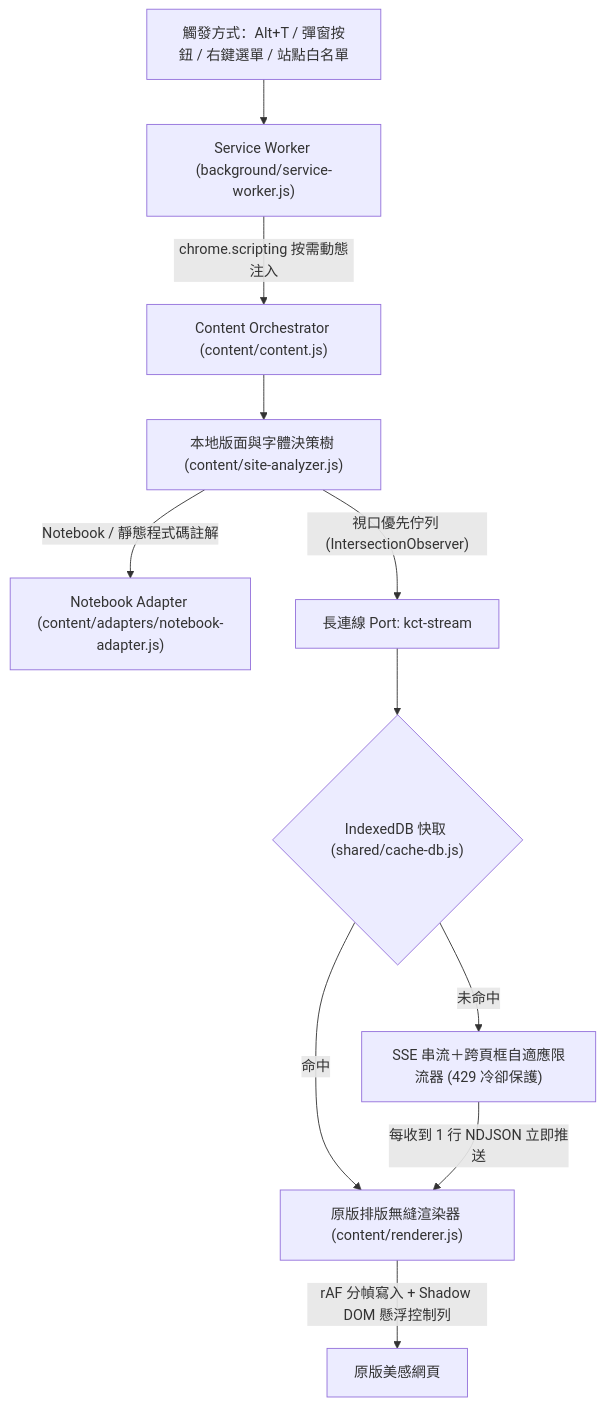
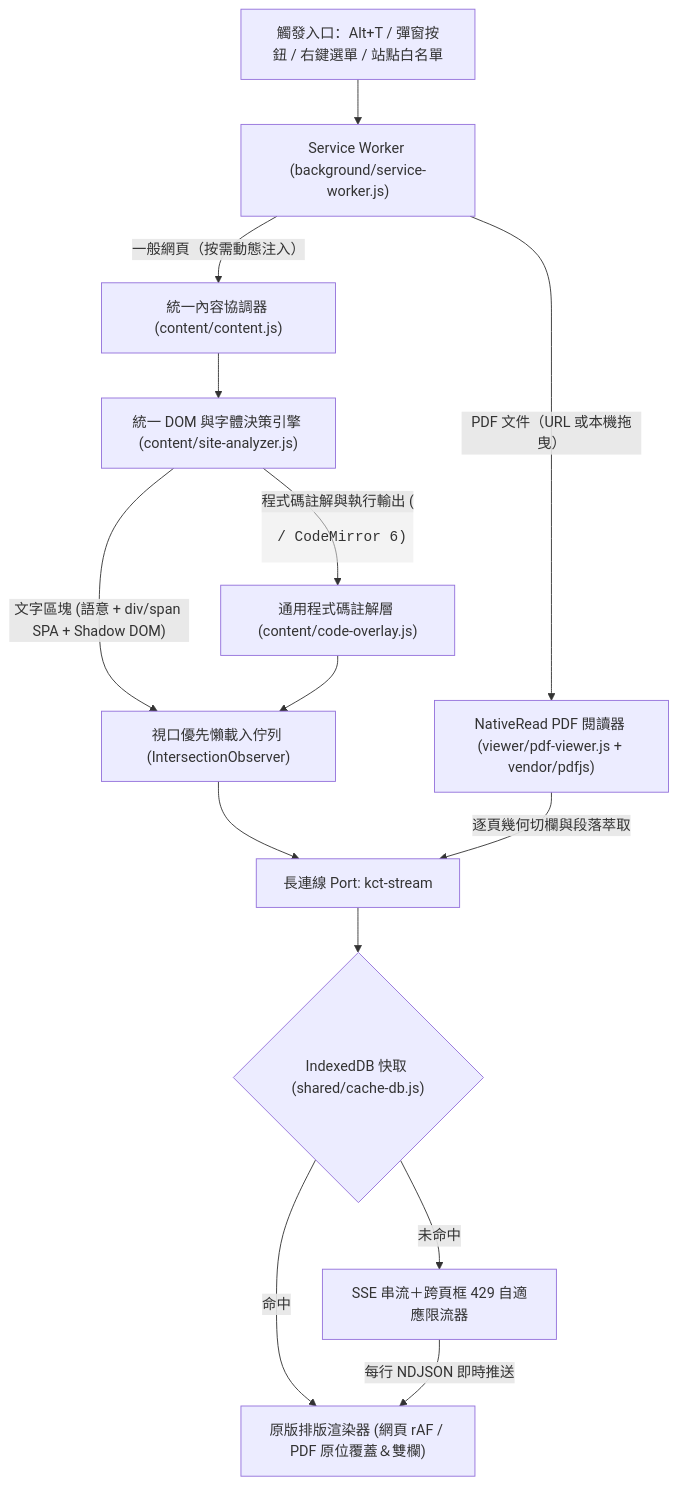
One commit to Chih-Kai-Wang/kaggle-course-translator changed the diagram in README.md. Above: the diagram before and after it, drawn with Mermaid. The commit also changed other lines of this file and 17 other files, not shown here.

Commit message:
feat(v2.1.0): rebrand to NativeRead, unify universal SPA DOM engine & add native PDF.js translator

````diff
--- a/README.md
+++ b/README.md
@@ -28,13 +25,16 @@
 ```mermaid
 flowchart TD
-    Trigger["觸發方式：Alt+T / 彈窗按鈕 / 右鍵選單 / 站點白名單"] --> SW["Service Worker (background/service-worker.js)"]
-    SW -->|"chrome.scripting 按需動態注入"| Content["Content Orchestrator (content/content.js)"]
-    Content --> Analyzer["本地版面與字體決策樹 (content/site-analyzer.js)"]
-    Analyzer -->|"Notebook / 靜態程式碼註解"| Adapter["Notebook Adapter (content/adapters/notebook-adapter.js)"]
-    Analyzer -->|"視口優先佇列 (IntersectionObserver)"| Port["長連線 Port: kct-stream"]
+    Trigger["觸發入口：Alt+T / 彈窗按鈕 / 右鍵選單 / 站點白名單"] --> SW["Service Worker (background/service-worker.js)"]
+    SW -->|"一般網頁（按需動態注入）"| Content["統一內容協調器 (content/content.js)"]
+    SW -->|"PDF 文件（URL 或本機拖曳）"| PDF["NativeRead PDF 閱讀器 (viewer/pdf-viewer.js + vendor/pdfjs)"]
+    Content --> Analyzer["統一 DOM 與字體決策引擎 (content/site-analyzer.js)"]
+    Analyzer -->|"文字區塊 (語意 + div/span SPA + Shadow DOM)"| Queue["視口優先懶載入佇列 (IntersectionObserver)"]
+    Analyzer -->|"程式碼註解與執行輸出 (<pre> / CodeMirror 6)"| CodeOverlay["通用程式碼註解層 (content/code-overlay.js)"]
+    CodeOverlay --> Queue
+    Queue --> Port["長連線 Port: kct-stream"]
+    PDF -->|"逐頁幾何切欄與段落萃取"| Port
     Port --> Cache{"IndexedDB 快取 (shared/cache-db.js)"}
-    Cache -->|"命中"| Renderer["原版排版無縫渲染器 (content/renderer.js)"]
-    Cache -->|"未命中"| Stream["SSE 串流＋跨頁框自適應限流器 (429 冷卻保護)"]
-    Stream -->|"每收到 1 行 NDJSON 立即推送"| Renderer
-    Renderer -->|"rAF 分幀寫入 + Shadow DOM 懸浮控制列"| Page["原版美感網頁"]
+    Cache -->|"命中"| Render["原版排版渲染器 (網頁 rAF / PDF 原位覆蓋＆雙欄)"]
+    Cache -->|"未命中"| Stream["SSE 串流＋跨頁框 429 自適應限流器"]
+    Stream -->|"每行 NDJSON 即時推送"| Render
 ```
````
